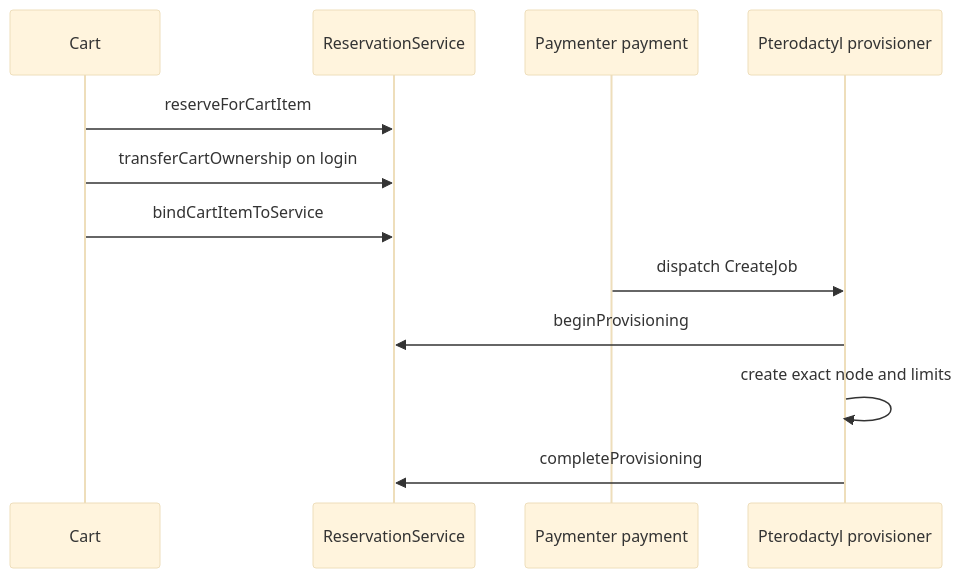
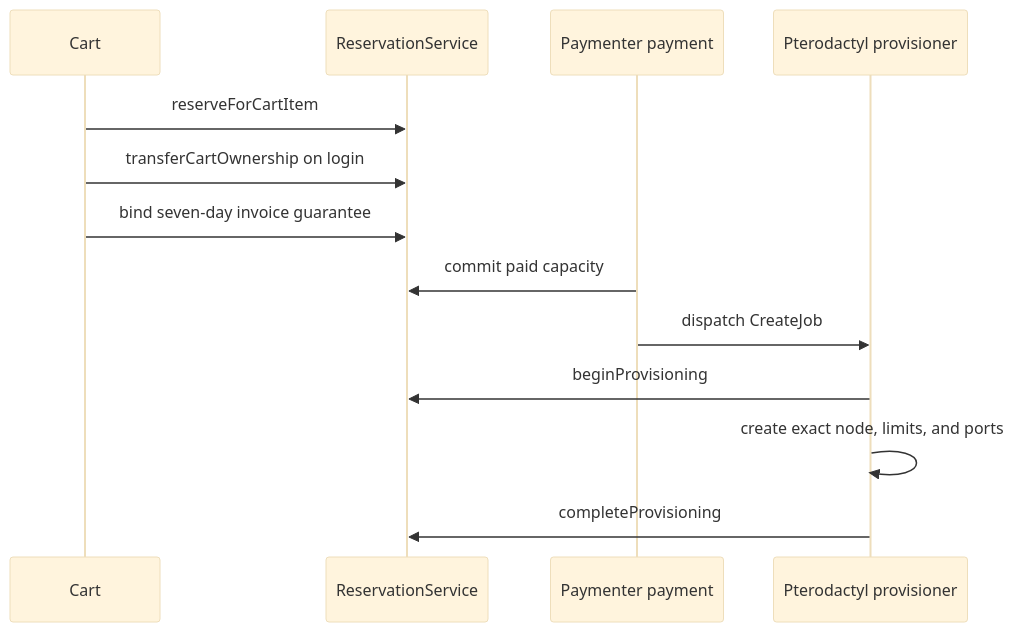
The diagram in 04-EVENTS.md (ObsidianNetwork/dynamic-pterodactyl), drawn with Mermaid (base theme) before and after one commit. The commit also changed other lines of this file and 82 other files, not shown here.

````diff
--- a/04-EVENTS.md
+++ b/04-EVENTS.md
@@ -5,15 +5,16 @@
 ```mermaid
 sequenceDiagram
     participant Cart
     participant Hold as ReservationService
     participant Pay as Paymenter payment
     participant Ptero as Pterodactyl provisioner
 
     Cart->>Hold: reserveForCartItem
     Cart->>Hold: transferCartOwnership on login
-    Cart->>Hold: bindCartItemToService
+    Cart->>Hold: bind seven-day invoice guarantee
+    Pay->>Hold: commit paid capacity
     Pay->>Ptero: dispatch CreateJob
     Ptero->>Hold: beginProvisioning
-    Ptero->>Ptero: create exact node and limits
+    Ptero->>Ptero: create exact node, limits, and ports
     Ptero->>Hold: completeProvisioning
 ```
````
